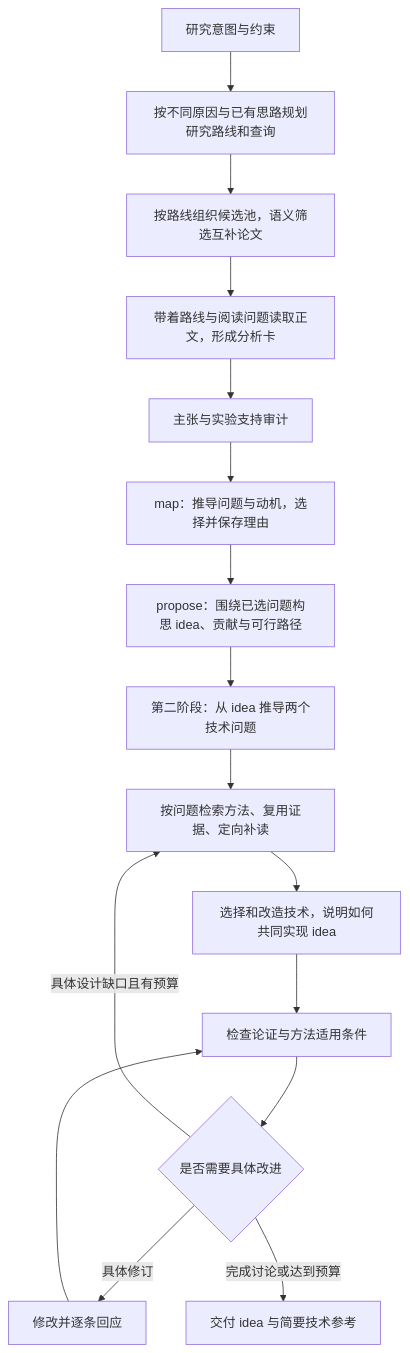
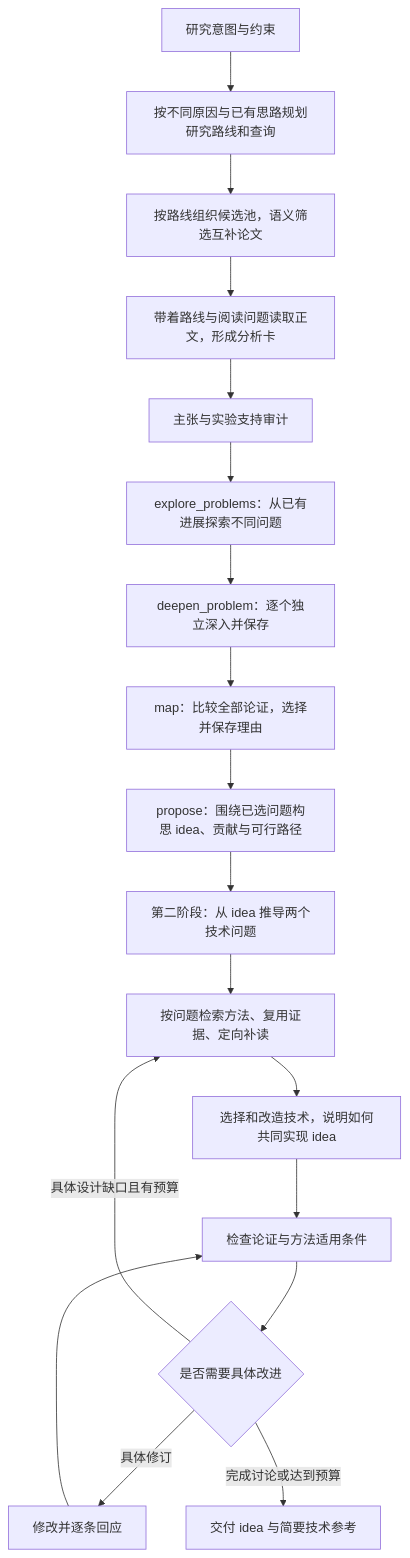
One commit to ghh1125/Research-idea changed the diagram in docs/architecture.md. Above: the diagram before and after it, drawn with Mermaid. The commit also changed other lines of this file and 21 other files, not shown here.

````diff
--- a/docs/architecture.md
+++ b/docs/architecture.md
@@ -20,18 +21,20 @@
 ```mermaid
 flowchart TD
     A["研究意图与约束"] --> S["按不同原因与已有思路规划研究路线和查询"]
     S --> T["按路线组织候选池，语义筛选互补论文"]
     T --> B["带着路线与阅读问题读取正文，形成分析卡"]
     B --> Q["主张与实验支持审计"]
-    Q --> C["map：推导问题与动机，选择并保存理由"]
+    Q --> P["explore_problems：从已有进展探索不同问题"]
+    P --> P1["deepen_problem：逐个独立深入并保存"]
+    P1 --> C["map：比较全部论证，选择并保存理由"]
     C --> D["propose：围绕已选问题构思 idea、贡献与可行路径"]
     D --> A2["第二阶段：从 idea 推导两个技术问题"]
     A2 --> R["按问题检索方法、复用证据、定向补读"]
     R --> M["选择和改造技术，说明如何共同实现 idea"]
     M --> E["检查论证与方法适用条件"]
     E --> F{"是否需要具体改进"}
     F -->|具体设计缺口且有预算| R
     F -->|具体修订| I["修改并逐条回应"]
     I --> E
     F -->|完成讨论或达到预算| H["交付 idea 与简要技术参考"]
 ```
````
